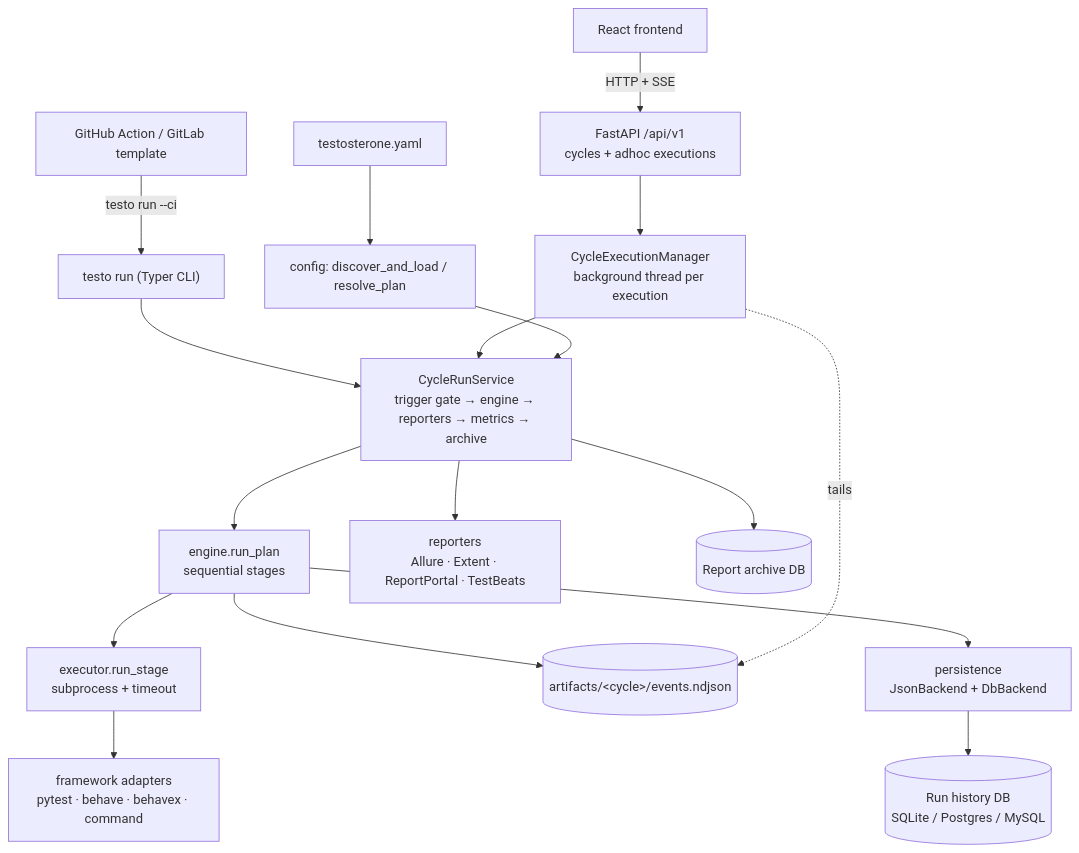
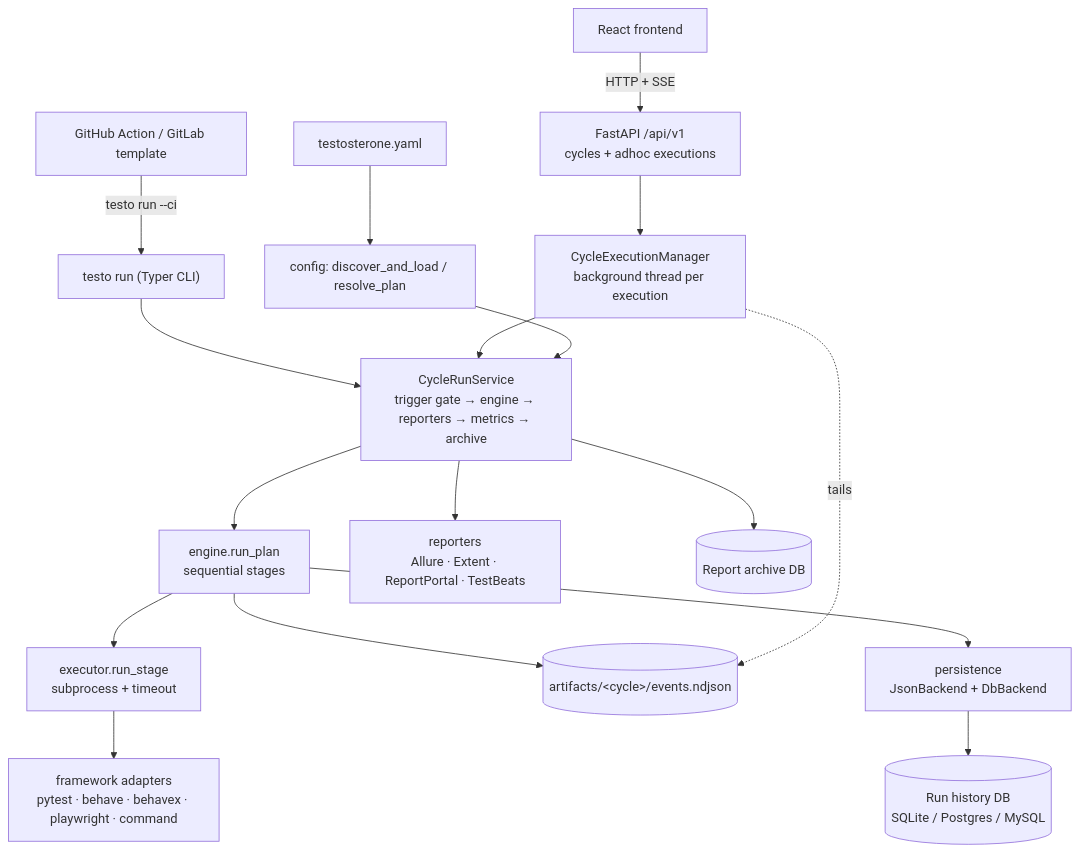
One commit to evidentart/testosterone changed the diagram in ARCHITECTURE.md. Above: the diagram before and after it, drawn with Mermaid. The commit also changed 21 other files, not shown here.

````diff
--- a/ARCHITECTURE.md
+++ b/ARCHITECTURE.md
@@ -14,21 +14,21 @@
 ```mermaid
 flowchart TD
     YAML[testosterone.yaml] --> CFG[config: discover_and_load / resolve_plan]
 
     CLI["testo run (Typer CLI)"] --> SVC
     API["FastAPI /api/v1<br/>cycles + adhoc executions"] --> MGR[CycleExecutionManager<br/>background thread per execution]
     MGR --> SVC
     UI[React frontend] -->|HTTP + SSE| API
     CI[GitHub Action / GitLab template] -->|"testo run --ci"| CLI
 
     CFG --> SVC[CycleRunService<br/>trigger gate → engine → reporters → metrics → archive]
     SVC --> ENG[engine.run_plan<br/>sequential stages]
     ENG --> EXE[executor.run_stage<br/>subprocess + timeout]
-    EXE --> FW[framework adapters<br/>pytest · behave · behavex · command]
+    EXE --> FW[framework adapters<br/>pytest · behave · behavex · playwright · command]
     ENG --> EV[(artifacts/&lt;cycle&gt;/events.ndjson)]
     ENG --> PER[persistence<br/>JsonBackend + DbBackend]
     PER --> DB[(Run history DB<br/>SQLite / Postgres / MySQL)]
     SVC --> REP[reporters<br/>Allure · Extent · ReportPortal · TestBeats]
     SVC --> ARC[(Report archive DB)]
     MGR -. tails .-> EV
 ```
````
